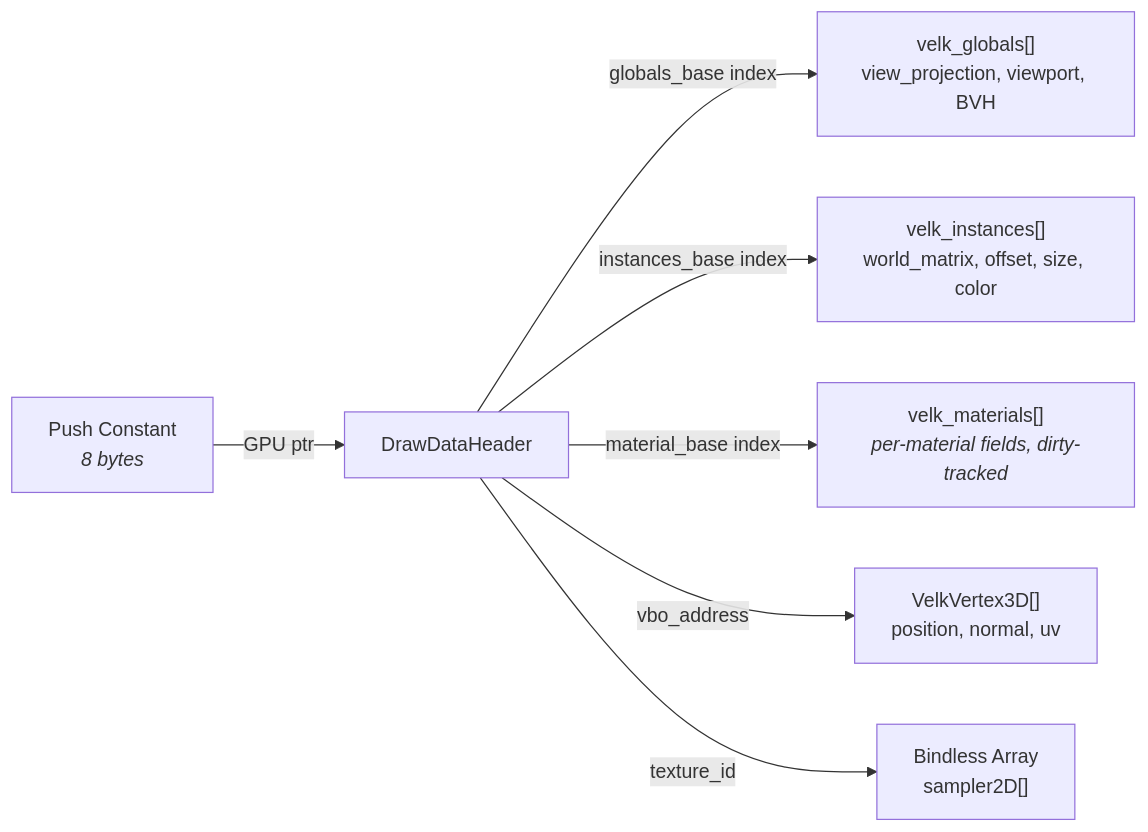
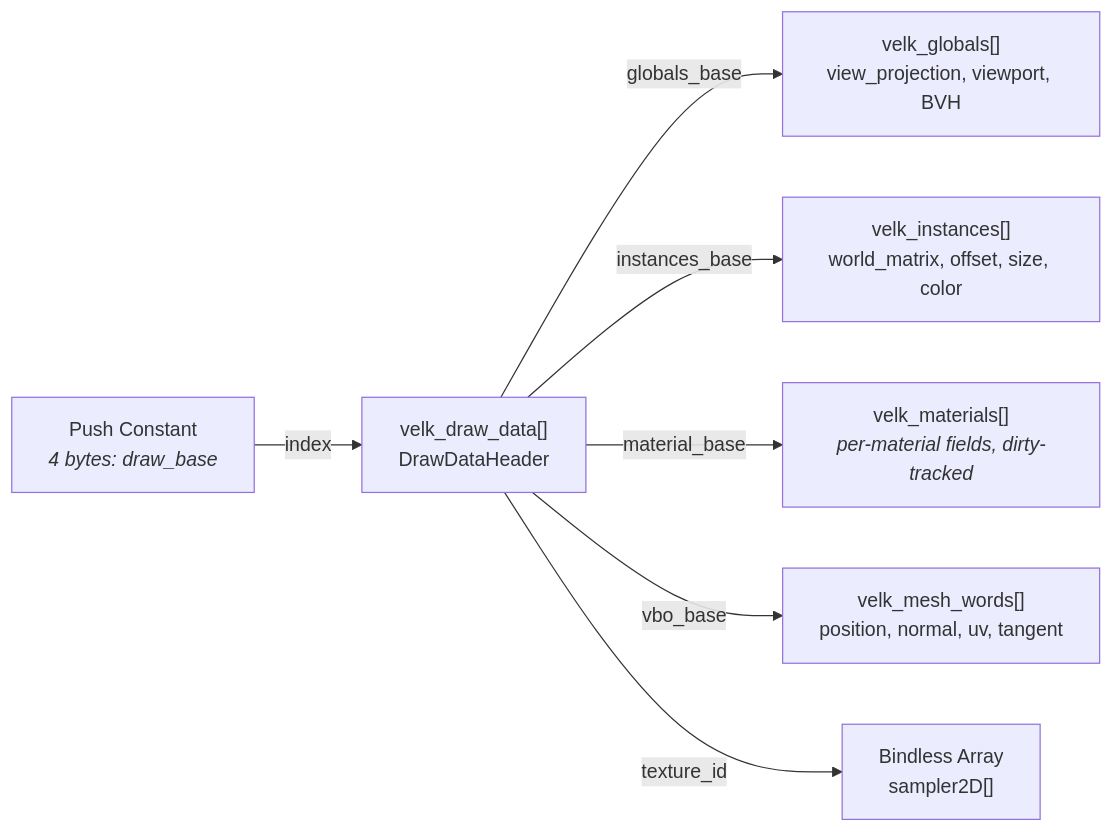
One commit to ljaaskela/velk-platform changed the second of 4 diagrams in docs/render/render-backend.md. Above: the diagram before and after it, drawn with Mermaid. The commit also changed other lines of this file and 14 other files, not shown here.

````diff
--- a/docs/render/render-backend.md
+++ b/docs/render/render-backend.md
@@ -219,9 +236,9 @@
 ```mermaid
 graph LR
-    PC["Push Constant<br/><i>8 bytes</i>"] -->|GPU ptr| DDH["DrawDataHeader"]
-    DDH -->|globals_base index| G["velk_globals[]<br/>view_projection, viewport, BVH"]
-    DDH -->|instances_base index| I["velk_instances[]<br/>world_matrix, offset, size, color"]
-    DDH -->|material_base index| M["velk_materials[]<br/><i>per-material fields, dirty-tracked</i>"]
-    DDH -->|vbo_address| V["VelkVertex3D[]<br/>position, normal, uv"]
+    PC["Push Constant<br/><i>4 bytes: draw_base</i>"] -->|index| DDH["velk_draw_data[]<br/>DrawDataHeader"]
+    DDH -->|globals_base| G["velk_globals[]<br/>view_projection, viewport, BVH"]
+    DDH -->|instances_base| I["velk_instances[]<br/>world_matrix, offset, size, color"]
+    DDH -->|material_base| M["velk_materials[]<br/><i>per-material fields, dirty-tracked</i>"]
+    DDH -->|vbo_base| V["velk_mesh_words[]<br/>position, normal, uv, tangent"]
     DDH -->|texture_id| T["Bindless Array<br/>sampler2D[]"]
 ```
````
